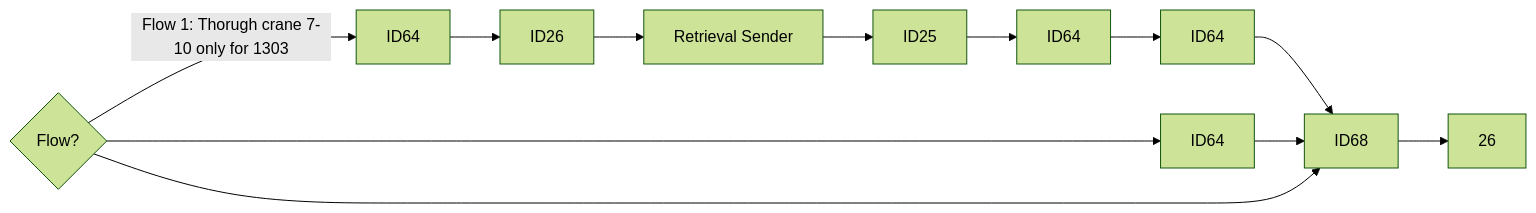
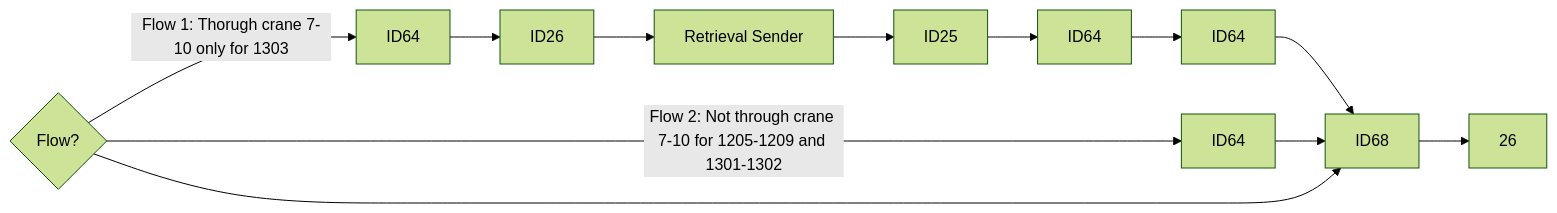
Before and after one commit to luthfiadityaa/SimeDarby-Wiki: the third of 15 diagrams in Basic-Design/DFD-WMS/Retrieval/Specific-Location-Retrieval-Setting.md, drawn with Mermaid (forest theme). The commit also changed other lines of this file, not shown here.

Commit message:
Updated Specific Location Retrieval Setting

```diff
--- a/Basic-Design/DFD-WMS/Retrieval/Specific-Location-Retrieval-Setting.md
+++ b/Basic-Design/DFD-WMS/Retrieval/Specific-Location-Retrieval-Setting.md
@@ -18,9 +18,9 @@
 ::: mermaid
 flowchart LR
 
 Cond1{Flow?} 
 
 Cond1{Flow?}--> |Flow 1: Thorugh crane 7-10 only for 1303| P5[ID64]-->P8[ID26]-->P9[Retrieval Sender]-->P10[ID25]-->P11[ID64]-->P12[ID64]-->P7[ID68]
-Cond1{Flow?}-->P6[ID64]-->P7[ID68]
+Cond1{Flow?}--> |Flow 2: Not through crane 7-10 for 1205-1209 and 1301-1302| P6[ID64]-->P7[ID68]
 Cond1{Flow?}-->P7[ID68]-->P13[26]
 :::
```
